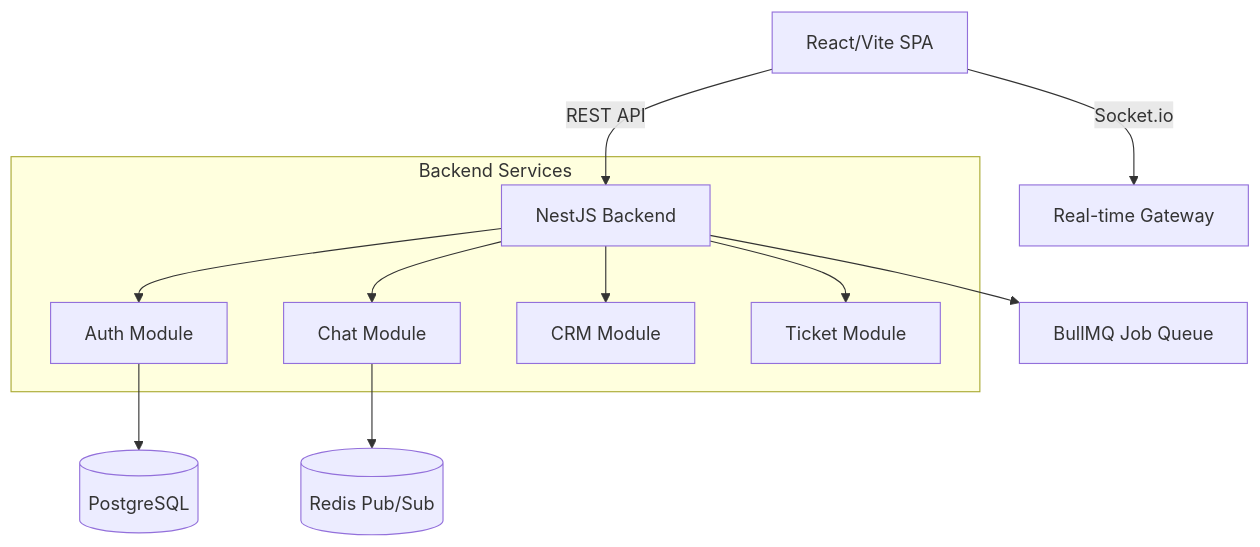
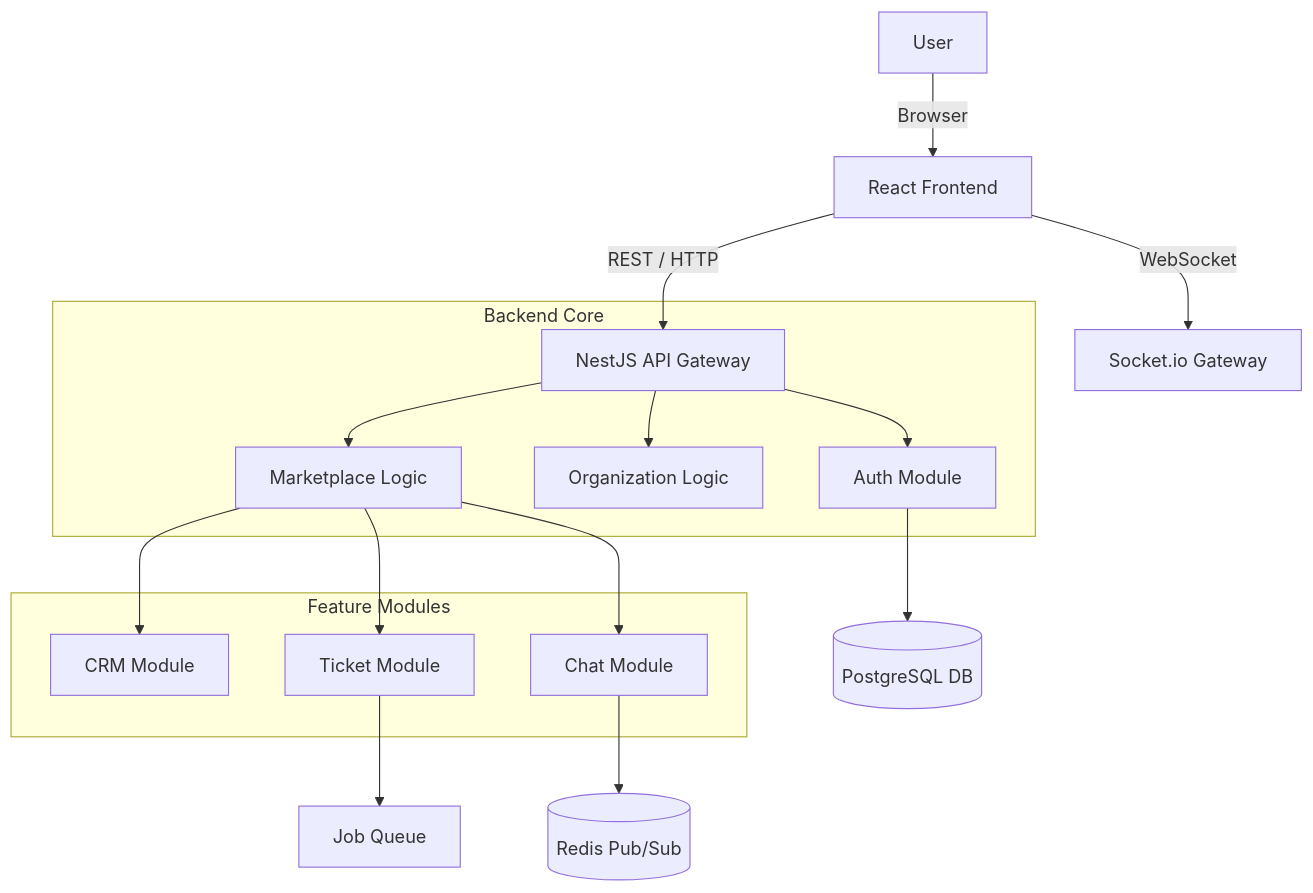
The diagram in ARCHITECTURE.md (BlendWitTech/mero-jugx), drawn with Mermaid before and after one commit. The commit also changed other lines of this file and 3 other files, not shown here.

````diff
--- a/ARCHITECTURE.md
+++ b/ARCHITECTURE.md
@@ -7,17 +7,22 @@
 ```mermaid
 graph TD
-    Client[React/Vite SPA] -->|REST API| API[NestJS Backend]
-    Client -->|Socket.io| WS[Real-time Gateway]
+    User -->|Browser| SPA[React Frontend]
+    SPA -->|REST / HTTP| Gateway[NestJS API Gateway]
+    SPA -->|WebSocket| WSS[Socket.io Gateway]
     
-    subgraph "Backend Services"
-        API --> Auth[Auth Module]
-        API --> Chat[Chat Module]
-        API --> CRM[CRM Module]
-        API --> Ticket[Ticket Module]
+    subgraph "Backend Core"
+        Gateway --> Auth[Auth Module]
+        Gateway --> Org[Organization Logic]
+        Gateway --> Apps[Marketplace Logic]
     end
     
-    Auth --> DB[(PostgreSQL)]
+    subgraph "Feature Modules"
+        Apps --> CRM[CRM Module]
+        Apps --> Tickets[Ticket Module]
+        Apps --> Chat[Chat Module]
+    end
+    
+    Auth --> Postgres[(PostgreSQL DB)]
     Chat --> Redis[(Redis Pub/Sub)]
-    
-    API --> Queue[BullMQ Job Queue]
+    Tickets --> BullMQ[Job Queue]
 ```
````
